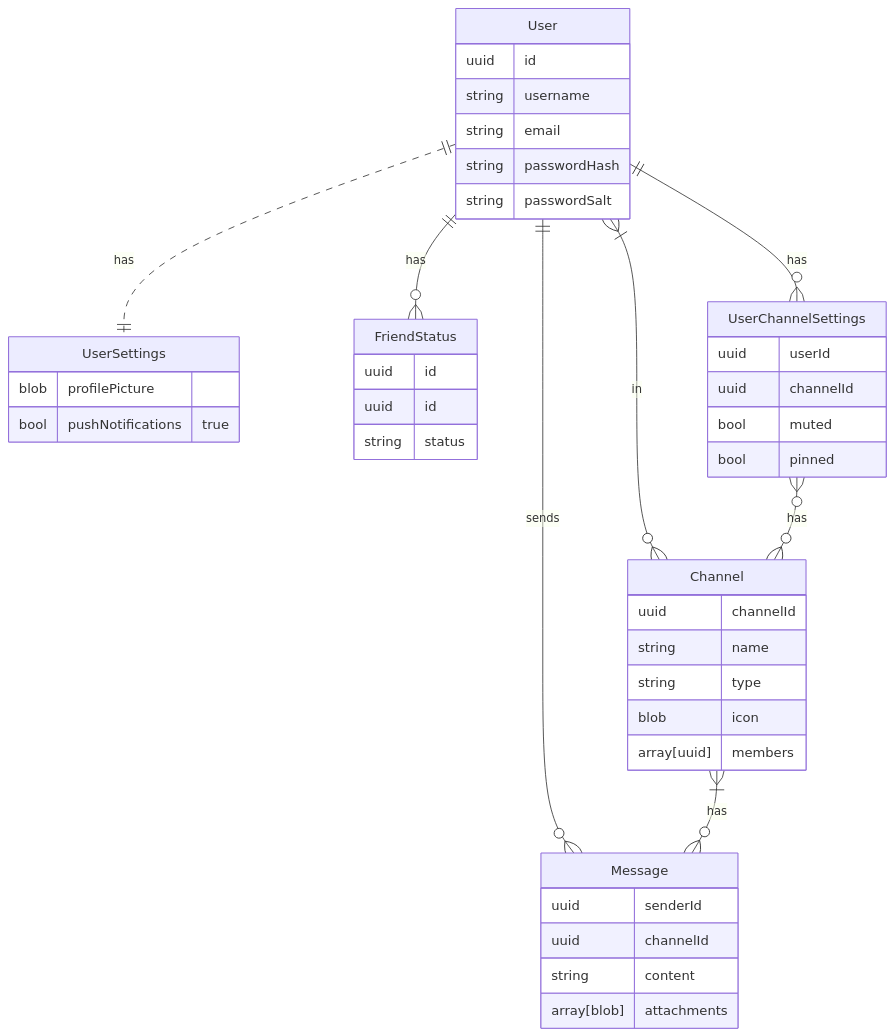
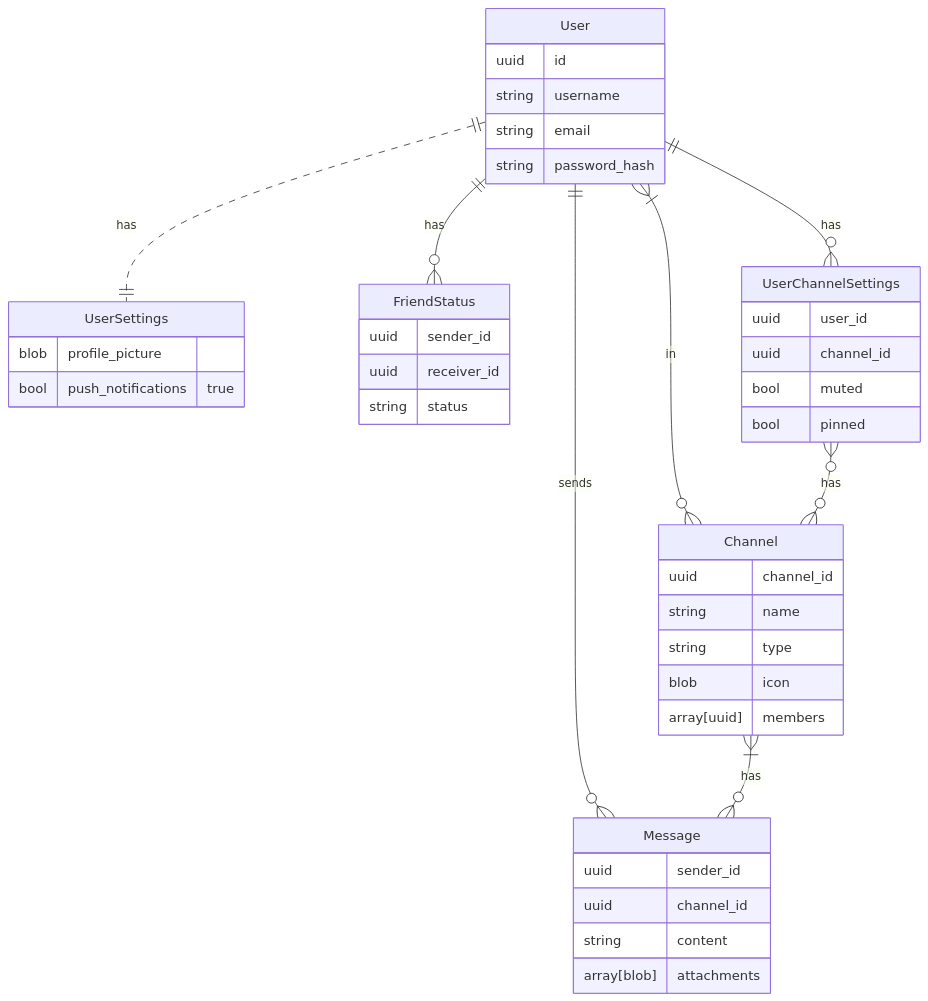
One commit to MichaelCrenshaw/glyde changed the diagram in docs/user_erd.md. Above: the diagram before and after it, drawn with Mermaid. The commit also changed other lines of this file and 12 other files, not shown here.

````diff
--- a/docs/user_erd.md
+++ b/docs/user_erd.md
@@ -1,45 +1,44 @@
 ```mermaid
 erDiagram
     User {
         uuid id
         string username
         string email
-        string passwordHash
-        string passwordSalt
+        string password_hash
     }
     UserSettings {
-        blob profilePicture
-        bool pushNotifications "true"
+        blob profile_picture
+        bool push_notifications "true"
     }
     FriendStatus {
-        uuid id
-        uuid id
+        uuid sender_id
+        uuid receiver_id
         string status
     }
     Message {
-        uuid senderId
-        uuid channelId
+        uuid sender_id
+        uuid channel_id
         string content
         array[blob] attachments
     }
     Channel {
-        uuid channelId
+        uuid channel_id
         string name
         string type
         blob icon
         array[uuid] members
     }
     UserChannelSettings {
-        uuid userId
-        uuid channelId
+        uuid user_id
+        uuid channel_id
         bool muted
         bool pinned
     }
     User ||..|| UserSettings : has
     User ||--o{ FriendStatus : has
     User ||--o{ Message : sends
     User }|--o{ Channel : in
     Channel }|--o{ Message : has
     User ||--o{ UserChannelSettings : has
     UserChannelSettings }o--o{ Channel : has    
 ```
````
